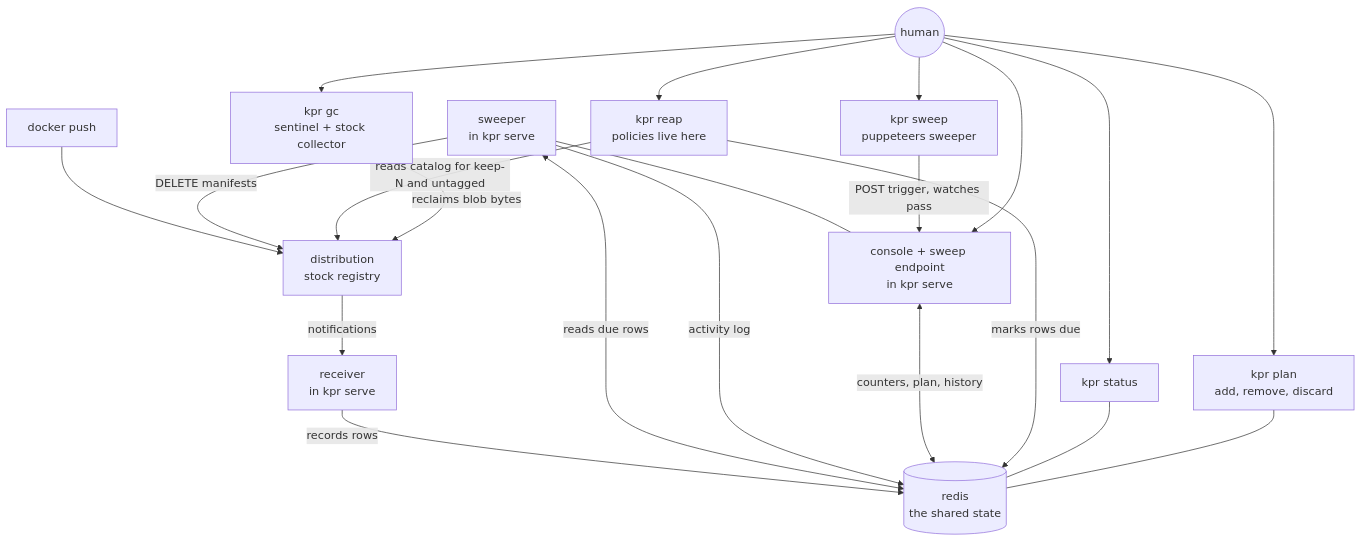
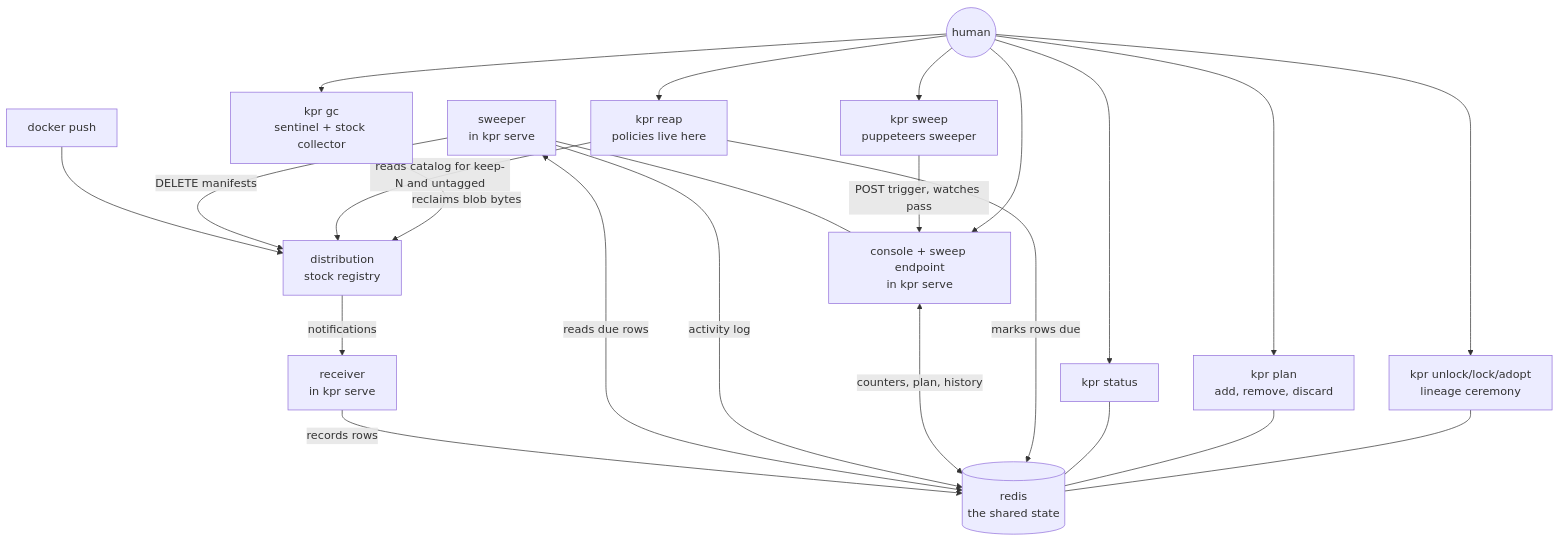
One commit to noroutine/kpr changed the first of 2 diagrams in docs/ARCHITECTURE.md. Above: the diagram before and after it, drawn with Mermaid. The commit also changed other lines of this file and 14 other files, not shown here.

````diff
--- a/docs/ARCHITECTURE.md
+++ b/docs/ARCHITECTURE.md
@@ -22,23 +28,25 @@
 ```mermaid
 flowchart TB
     dev[docker push] --> dist[distribution\nstock registry]
     dist -- notifications --> recv[receiver\nin kpr serve]
     recv -- records rows --> redis[(redis\nthe shared state)]
     sweep[sweeper\nin kpr serve] <-- reads due rows --> redis
     sweep -- DELETE manifests --> dist
     sweep -- activity log --> redis
     console[console + sweep endpoint\nin kpr serve] <-- counters, plan, history --> redis
     sweep --- console
     reap[kpr reap\npolicies live here] -- marks rows due --> redis
     reap -- reads catalog for keep-N and untagged --> dist
     sweepcmd[kpr sweep\npuppeteers sweeper] -- POST trigger, watches pass --> console
     gc[kpr gc\nsentinel + stock collector] -- reclaims blob bytes --> dist
     status[kpr status] --- redis
     plan[kpr plan\nadd, remove, discard] --- redis
+    ceremony[kpr unlock/lock/adopt\nlineage ceremony] --- redis
     human((human)) --> console
     human --> status
     human --> plan
     human --> reap
     human --> sweepcmd
     human --> gc
+    human --> ceremony
 ```
````
